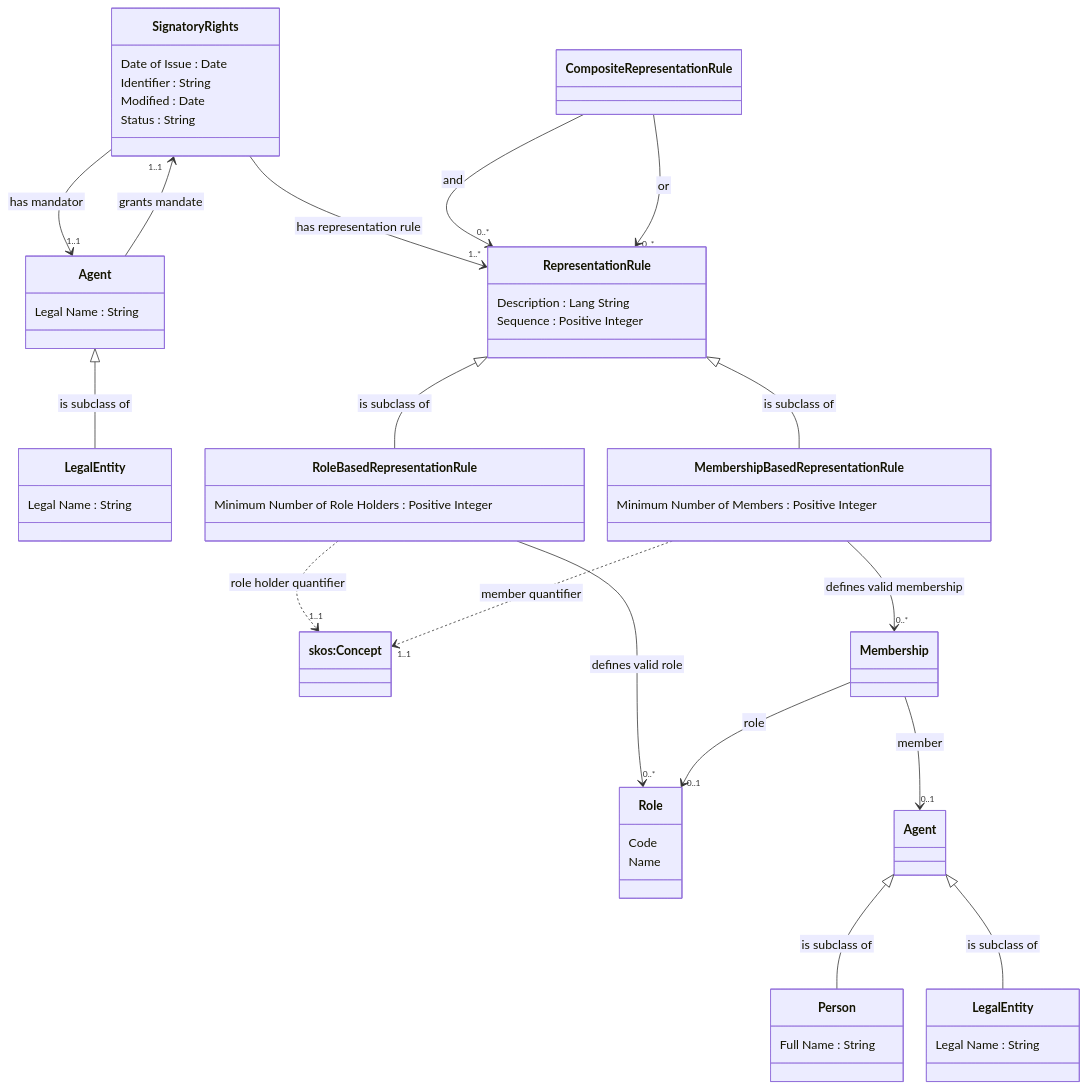
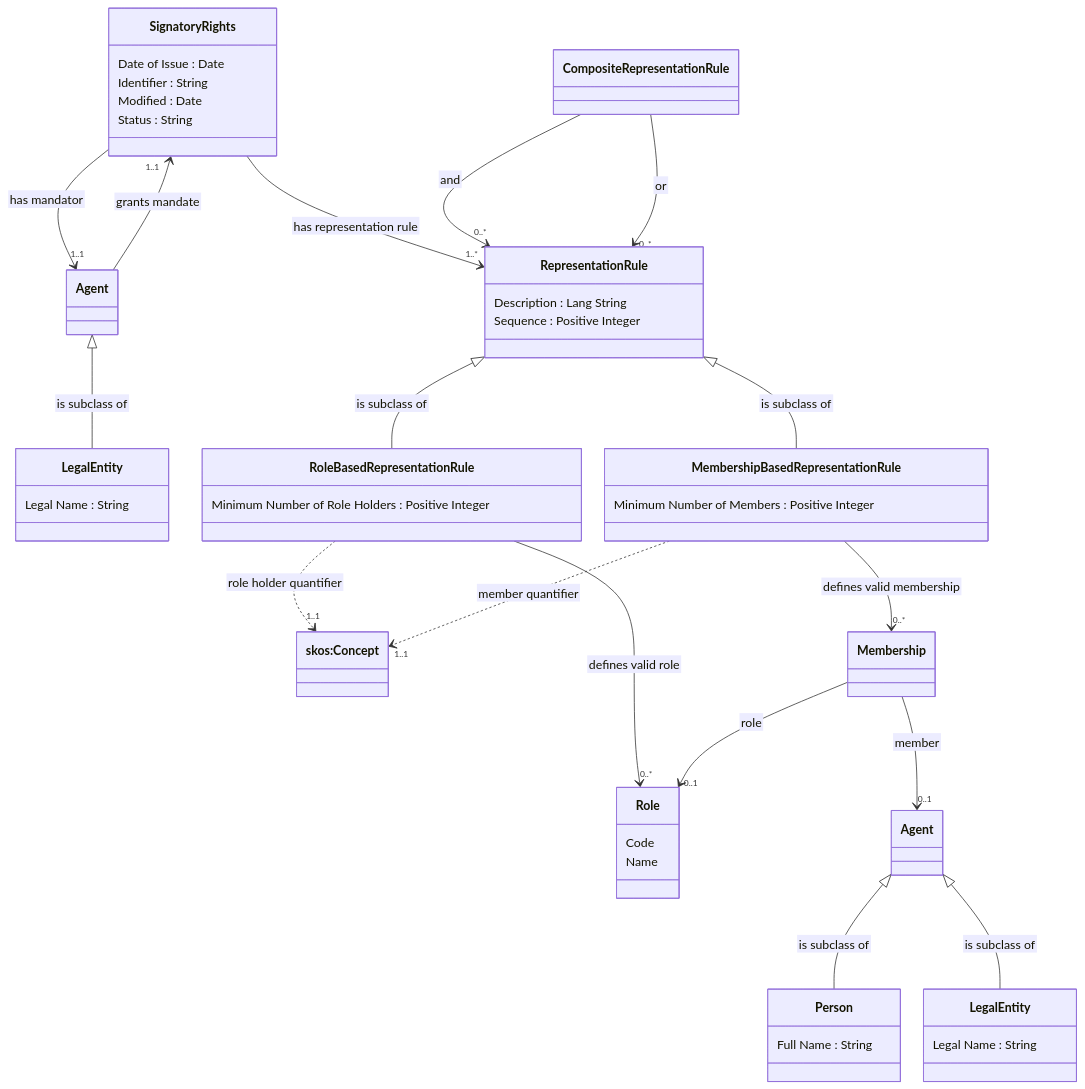
One commit to nordicsmartgovernment/Nordic-Signatory-Rights-Model changed the second of 2 diagrams in README.md. Above: the diagram before and after it, drawn with Mermaid.

````diff
--- a/README.md
+++ b/README.md
@@ -69,79 +69,78 @@
 ```mermaid
  %%{init:{'flowchart':{'nodeSpacing': 30, 'rankSpacing': 95, 'htmlLabels': false}}}%%
     classDiagram
         class Signatory Rights {
             Date of Issue : Date
             Identifier : String
             Modified : Date
             Status : String
         }
 
         Signatory Rights --> "1..1" AgentLegalEntity : has mandator
         Signatory Rights --> "1..*" Representation Rule : has representation rule
 
         class AgentLegalEntity["Agent"] {
-           Legal Name : String
         }
 
         class Legal Entity {
            Legal Name : String
         }
 
         AgentLegalEntity --> "1..1" Signatory Rights:grants mandate
 
         class Representation Rule {
            Description : Lang String
            Sequence : Positive Integer
         }
 
         class Role Based Representation Rule {
            Minimum Number of Role Holders : Positive Integer
         }
 
         Role Based Representation Rule --> "0..*" Role : defines valid role
         Role Based Representation Rule ..> "1..1" SKOSConcept : role holder quantifier
 
         class Membership Based Representation Rule {
            Minimum Number of Members : Positive Integer
         }
 
         Membership Based Representation Rule --> "0..*" Membership : defines valid membership
         Membership Based Representation Rule ..> "1..1" SKOSConcept : member quantifier
 
         class Composite Representation Rule {
         }
 
         Composite Representation Rule --> "0..*" Representation Rule : and
         Composite Representation Rule --> "0..*" Representation Rule : or
 
         class Agent {
         }
 
         class Role {
            Code
            Name
         }
 
         class Membership {
         }
 
         Membership --> "0..1" Role : role
         Membership --> "0..1" Agent : member
 
         class Person {
            Full Name : String
         }
 
         class Legal Entity Member["LegalEntity"] {
            Legal Name : String
         }
 
         class SKOSConcept["skos:Concept"] {
         }
 
         Representation Rule <|-- Role Based Representation Rule : is subclass of
         Representation Rule <|-- Membership Based Representation Rule : is subclass of
         Agent <|-- Person : is subclass of
         Agent <|-- Legal Entity Member : is subclass of
         AgentLegalEntity <|-- Legal Entity : is subclass of
 ```
````
